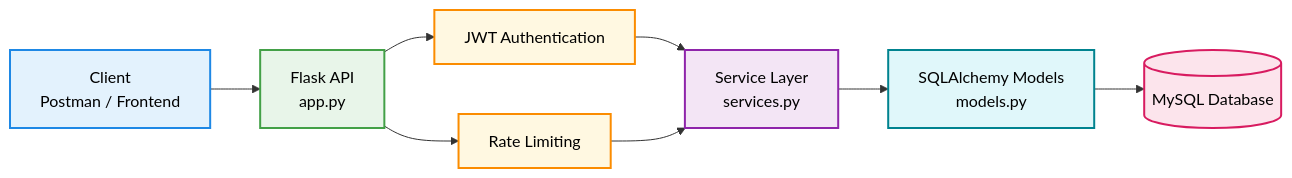
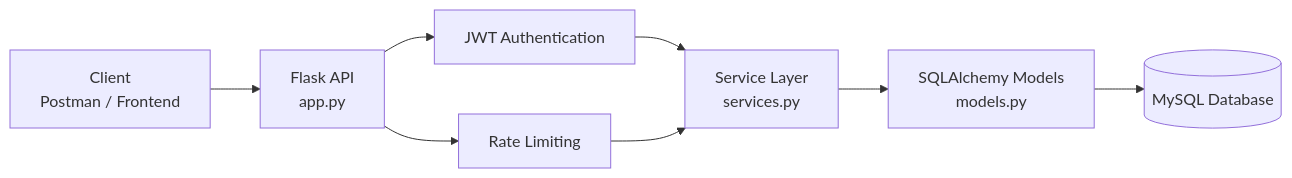
One commit to Cholan-kinnera/flask-user-management-api changed the first of 3 diagrams in README.md. Above: the diagram before and after it, drawn with Mermaid. The commit also changed other lines of this file, not shown here.

````diff
--- a/README.md
+++ b/README.md
@@ -107,42 +103,19 @@
 ```mermaid
 flowchart LR
 
-%% Nodes
-A[Client<br>Postman / Frontend]
-
-B[Flask API<br>app.py]
-
+A[Client<br/>Postman / Frontend]
+B[Flask API<br/>app.py]
 C[JWT Authentication]
-
 D[Rate Limiting]
-
-E[Service Layer<br>services.py]
-
-F[SQLAlchemy Models<br>models.py]
-
+E[Service Layer<br/>services.py]
+F[SQLAlchemy Models<br/>models.py]
 G[(MySQL Database)]
 
-%% Flow
 A --> B
 B --> C
 B --> D
 C --> E
 D --> E
 E --> F
 F --> G
-
-%% Styling
-classDef client fill:#E3F2FD,stroke:#1E88E5,stroke-width:2px,color:#000
-classDef api fill:#E8F5E9,stroke:#43A047,stroke-width:2px,color:#000
-classDef security fill:#FFF8E1,stroke:#FB8C00,stroke-width:2px,color:#000
-classDef service fill:#F3E5F5,stroke:#8E24AA,stroke-width:2px,color:#000
-classDef data fill:#E0F7FA,stroke:#00838F,stroke-width:2px,color:#000
-classDef database fill:#FCE4EC,stroke:#D81B60,stroke-width:2px,color:#000
-
-class A client
-class B api
-class C,D security
-class E service
-class F data
-class G database
 ```
````
